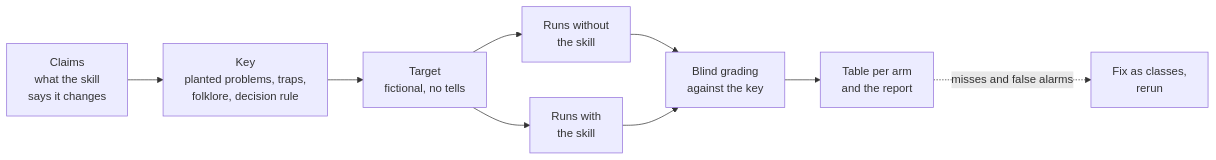
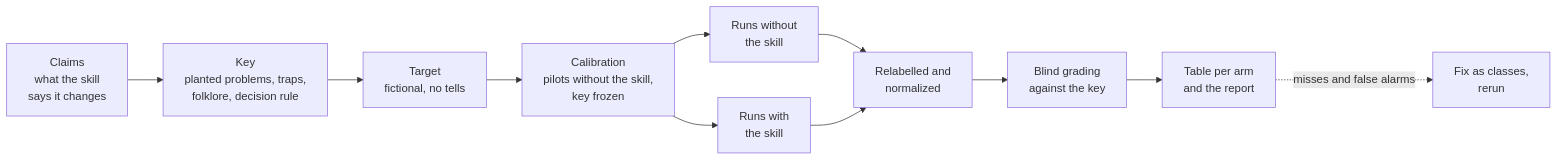
The diagram in README.md (arez-xd/blind-test), drawn with Mermaid before and after one commit. The commit also changed other lines of this file and 12 other files, not shown here.

````diff
--- a/README.md
+++ b/README.md
@@ -71,11 +72,13 @@
 ```mermaid
 flowchart LR
   C["Claims<br/>what the skill<br/>says it changes"] --> K["Key<br/>planted problems, traps,<br/>folklore, decision rule"]
   K --> T["Target<br/>fictional, no tells"]
-  T --> B["Runs without<br/>the skill"]
-  T --> S["Runs with<br/>the skill"]
-  B --> G["Blind grading<br/>against the key"]
-  S --> G
+  T --> P["Calibration<br/>pilots without the skill,<br/>key frozen"]
+  P --> B["Runs without<br/>the skill"]
+  P --> S["Runs with<br/>the skill"]
+  B --> N["Relabelled and<br/>normalized"]
+  S --> N
+  N --> G["Blind grading<br/>against the key"]
   G --> R["Table per arm<br/>and the report"]
   R -.->|misses and false alarms| F["Fix as classes,<br/>rerun"]
 ```
````
